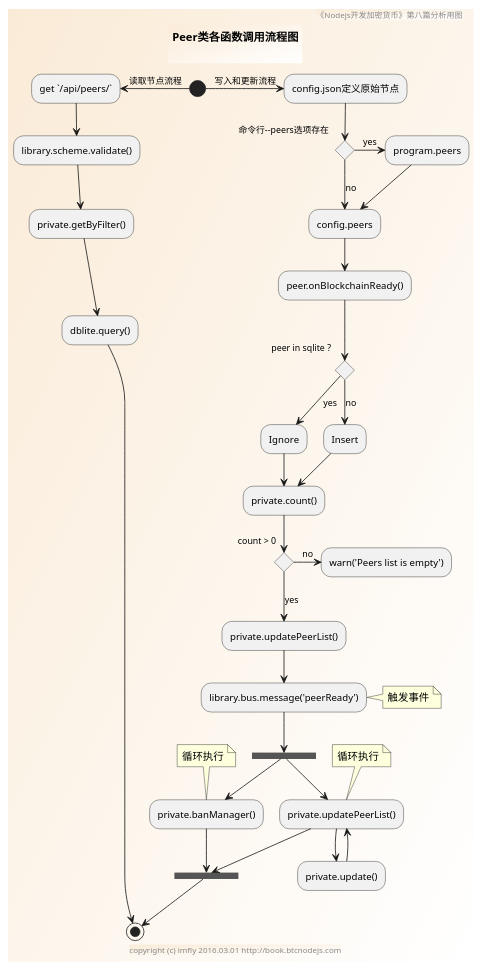
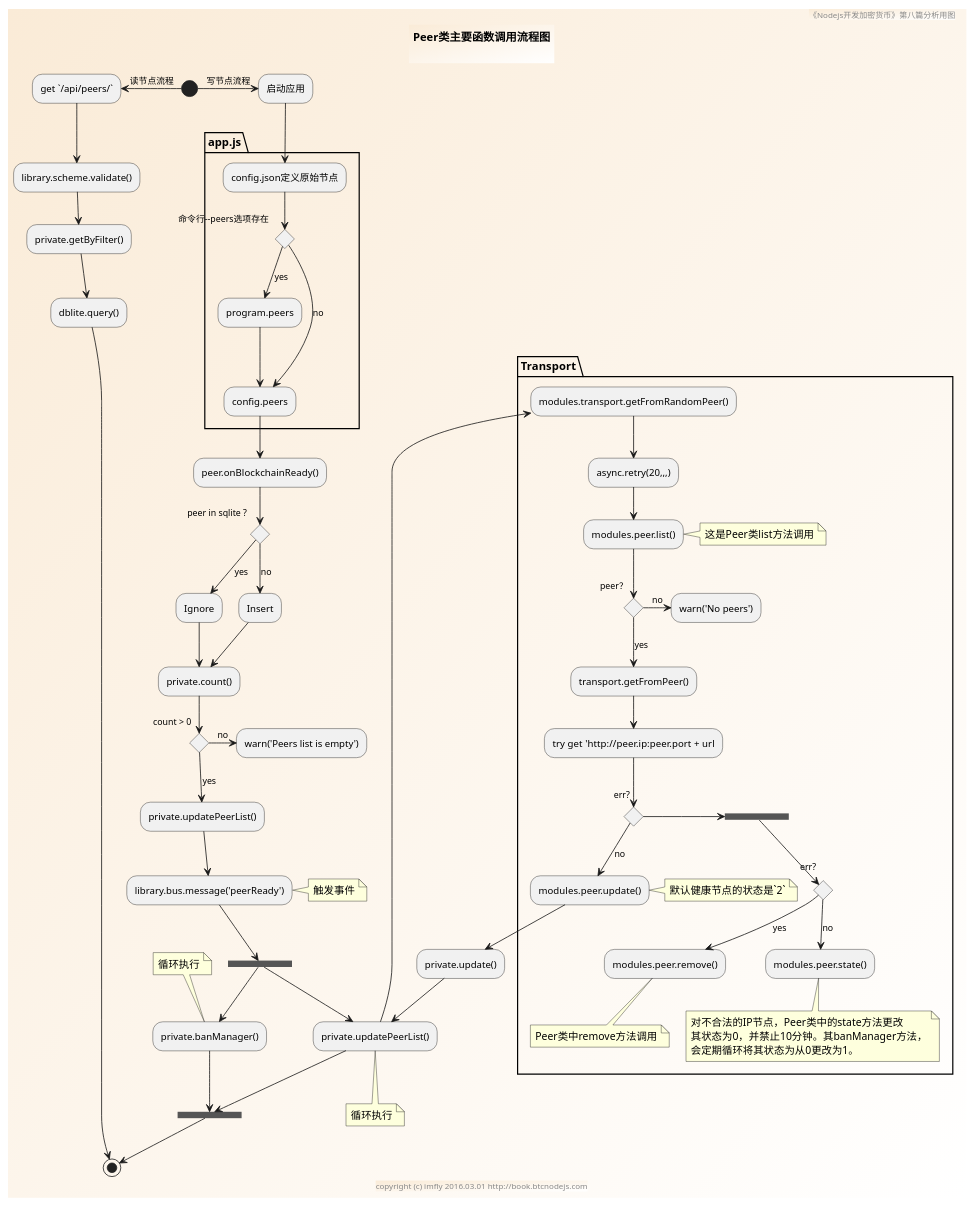
The diagram in sources/peer/activity.pu (brightmanforever022/bitcoin-on-nodejs), drawn with PlantUML before and after one commit. The commit also changed 47 other files, not shown here.

```diff
--- a/sources/peer/activity.pu
+++ b/sources/peer/activity.pu
@@ -1,55 +1,94 @@
 @startuml ../../styles/images/peer/activity.png
 skinparam BorderColor #blue\9932CC
 skinparam backgroundcolor AntiqueWhite/white
 
 title
-Peer类各函数调用流程图
+Peer类主要函数调用流程图
 
 end title
 
 footer copyright (c) imfly 2016.03.01 http://book.btcnodejs.com
 header 《Nodejs开发加密货币》第八篇分析用图
 
-(*) -left-> [读取节点流程] "get `/api/peers/`"
+(*) -left-> [读节点流程] "get `/api/peers/`"
 --> library.scheme.validate()
 --> private.getByFilter()
 --> dblite.query()
 --> (*)
 
-(*) -right-> [写入和更新流程] config.json定义原始节点
-if "命令行--peers选项存在" then
--right->[yes] program.peers
---> "config.peers" as peers
-else
---> [no] peers
-endif
+(*) -right-> [写节点流程] 启动应用
+
+' app.js启动命令
+partition app.js {
+  --> config.json定义原始节点
+  if "命令行--peers选项存在" then
+  -->[yes] program.peers
+  --> "config.peers" as peers
+  else
+  --> [no] peers
+  endif
+}
+
+' 区块链加载完毕
 --> peer.onBlockchainReady()
 if peer in sqlite ? then
 --> [yes] Ignore
 --> "private.count()" as count
 else
 --> [no] Insert
 --> count
 endif
 
 if count > 0 then
 -right-> [no] warn('Peers list is empty')
 else
 -->[yes] private.updatePeerList()
 --> library.bus.message('peerReady')
 note right: 触发事件
+
+' 第一个循环：检验节点，删除或更新
 --> ==b1==
 --> "private.updatePeerList()" as updatePeerList
+partition Transport {
+  --> modules.transport.getFromRandomPeer()
+  --> async.retry(20,,,)
+  --> modules.peer.list()
+  note right: 这是Peer类list方法调用
+  if peer？ then
+  -right-> [no] warn('No peers')
+  else
+  --> [yes] transport.getFromPeer()
+  --> try get 'http://peer.ip:peer.port + url
+    if err? then
+    -right-> ==b3==
+      if err? then
+      --> [yes] modules.peer.remove()
+      note bottom: Peer类中remove方法调用
+      else
+      --> [no] modules.peer.state()
+      note bottom
+      对不合法的IP节点，Peer类中的state方法更改
+      其状态为0，并禁止10分钟。其banManager方法，
+      会定期循环将其状态为从0更改为1。
+      end note
+      endif
+    else
+    --> [no] modules.peer.update()
+    note right: 默认健康节点的状态是`2`
+    endif
+  endif
+}
 -down-> private.update()
 --> updatePeerList
-note top: 循环执行
+note bottom: 循环执行
 --> ==b2==
 
+' 第二个循环：更新状态
 ==b1== --> private.banManager()
 note top: 循环执行
 --> ==b2==
 
 endif
 
 --> (*)
 @enduml
```
